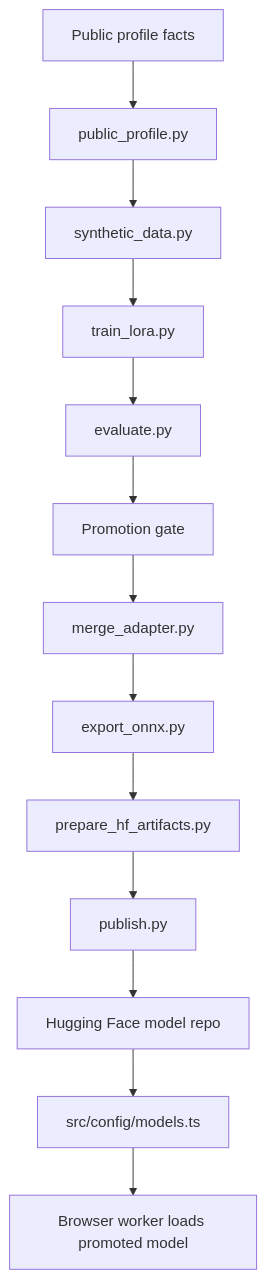
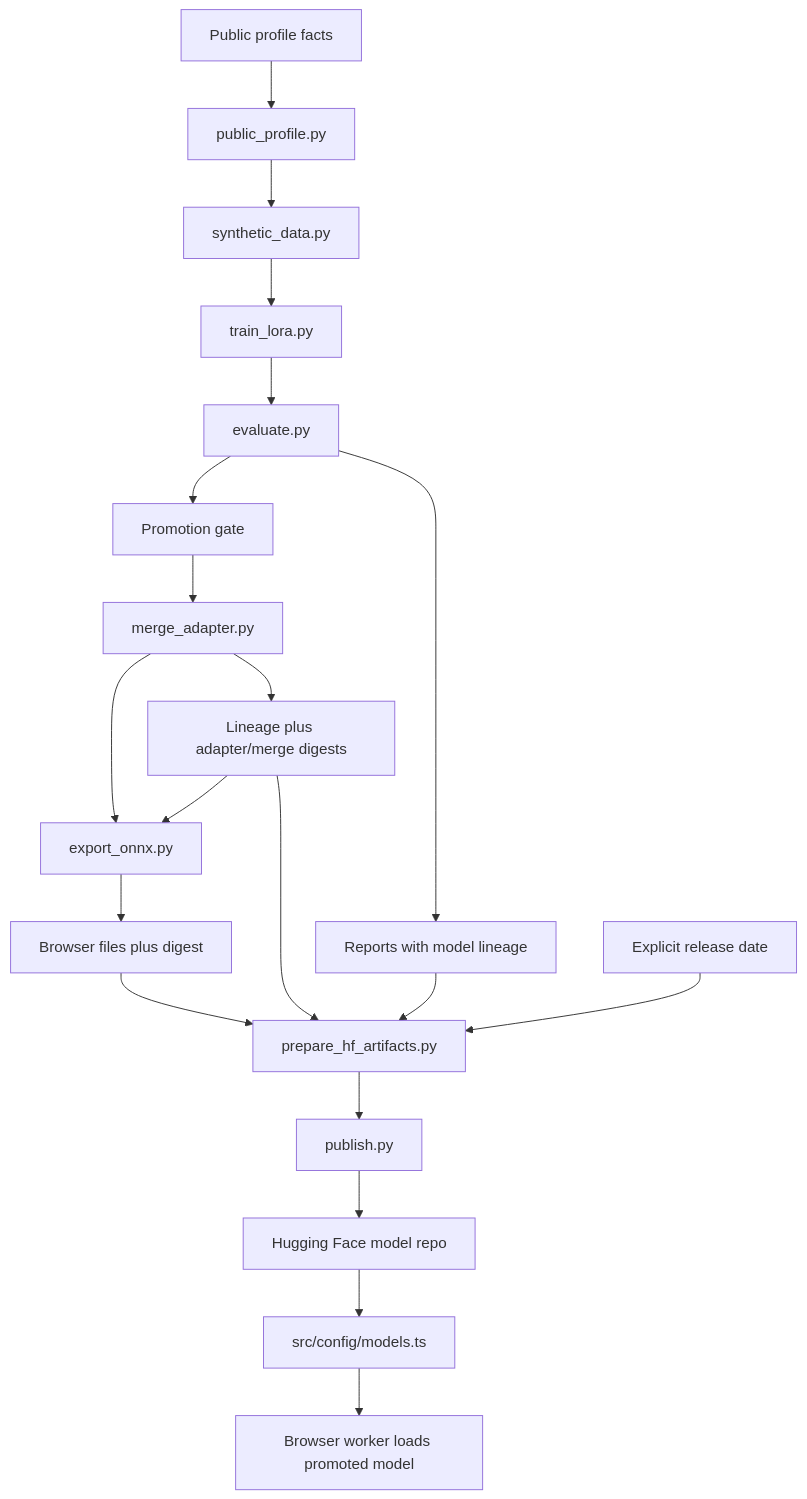
The fourth of 4 diagrams in docs/DIAGRAMS.md (justinthelaw/justinthelaw), drawn with Mermaid before and after one commit. The commit also changed other lines of this file and 8 other files, not shown here.

Commit message:
fix: bind release provenance to browser artifacts

````diff
--- a/docs/DIAGRAMS.md
+++ b/docs/DIAGRAMS.md
@@ -100,15 +100,22 @@
 ```mermaid
 flowchart TD
   facts["Public profile facts"] --> pyProfile["public_profile.py"]
   pyProfile --> data["synthetic_data.py"]
   data --> train["train_lora.py"]
   train --> eval["evaluate.py"]
+  eval --> reports["Reports with model lineage"]
   eval --> gate["Promotion gate"]
   gate --> merge["merge_adapter.py"]
+  merge --> lineage["Lineage plus adapter/merge digests"]
   merge --> export["export_onnx.py"]
-  export --> artifacts["prepare_hf_artifacts.py"]
+  lineage --> export
+  export --> browserArtifact["Browser files plus digest"]
+  browserArtifact --> artifacts["prepare_hf_artifacts.py"]
+  lineage --> artifacts
+  reports --> artifacts
+  releaseDate["Explicit release date"] --> artifacts
   artifacts --> publish["publish.py"]
   publish --> hfRepo["Hugging Face model repo"]
   hfRepo --> modelConfig["src/config/models.ts"]
   modelConfig --> browser["Browser worker loads promoted model"]
 ```
````
